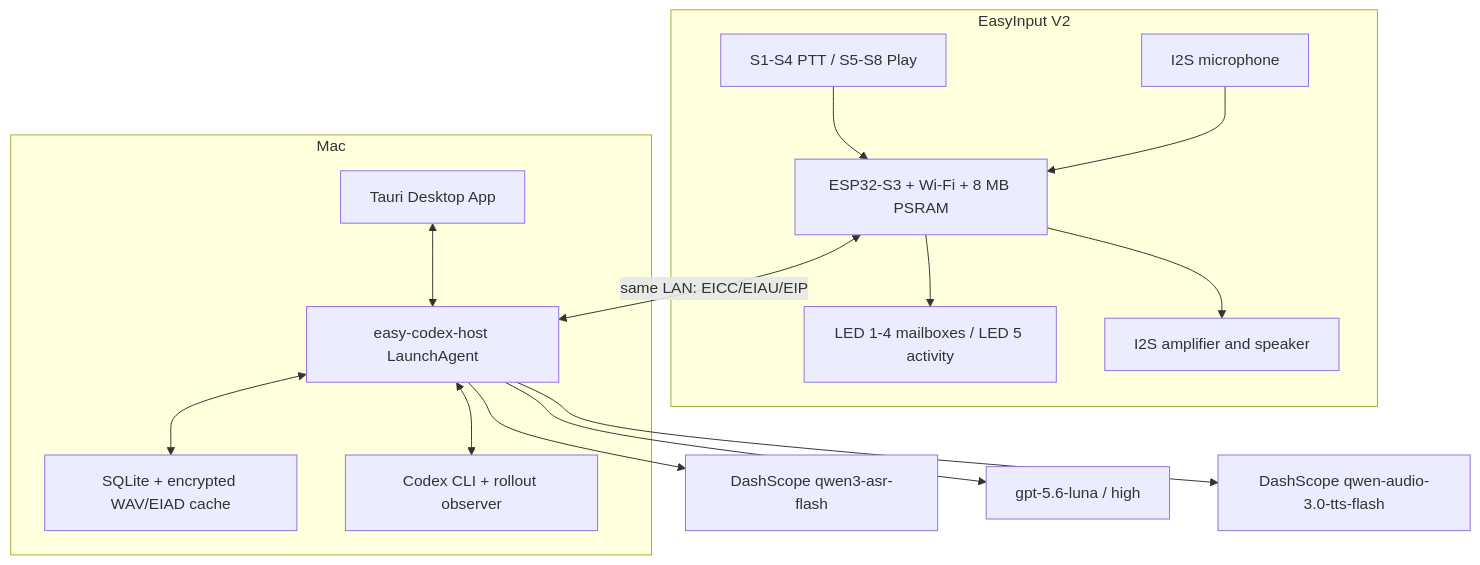
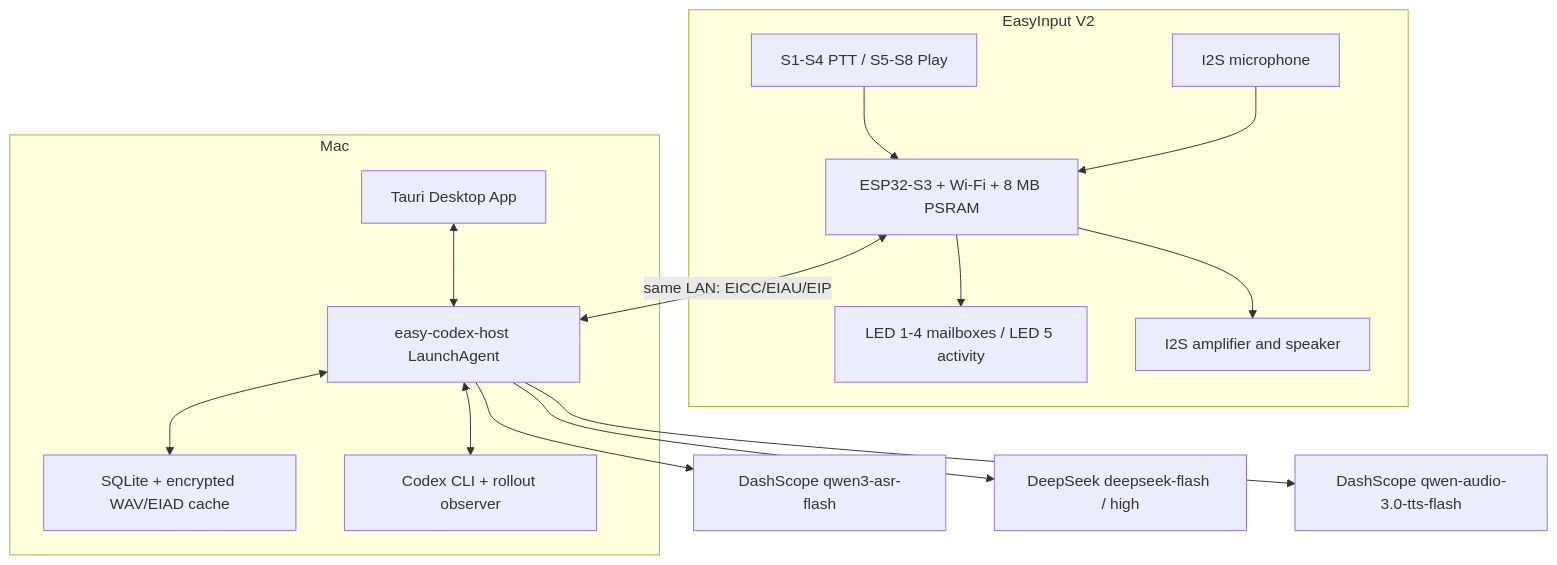
Before and after one commit to jsy96/lesson7: the first of 3 diagrams in docs/端到端架构.md, drawn with Mermaid. The commit also changed 9 other files, not shown here.

Commit message:
Switch summaries to DeepSeek and complete local HIL

````diff
--- a/docs/端到端架构.md
+++ b/docs/端到端架构.md
@@ -5,33 +5,33 @@
 ```mermaid
 flowchart TB
     subgraph Keyboard["EasyInput V2"]
         KEYS["S1-S4 PTT / S5-S8 Play"]
         MIC["I2S microphone"]
         ESP["ESP32-S3 + Wi-Fi + 8 MB PSRAM"]
         LED["LED 1-4 mailboxes / LED 5 activity"]
         SPK["I2S amplifier and speaker"]
         KEYS --> ESP
         MIC --> ESP
         ESP --> SPK
         ESP --> LED
     end
 
     subgraph Mac["Mac"]
         APP["Tauri Desktop App"]
         HOST["easy-codex-host LaunchAgent"]
         DB["SQLite + encrypted WAV/EIAD cache"]
         CODEX["Codex CLI + rollout observer"]
         APP <--> HOST
         HOST <--> DB
         HOST <--> CODEX
     end
 
     ASR["DashScope qwen3-asr-flash"]
-    SPARK["gpt-5.6-luna / high"]
+    SPARK["DeepSeek deepseek-flash / high"]
     TTS["DashScope qwen-audio-3.0-tts-flash"]
 
     ESP <-->|"same LAN: EICC/EIAU/EIP"| HOST
     HOST --> ASR
     HOST --> SPARK
     HOST --> TTS
 ```
````
